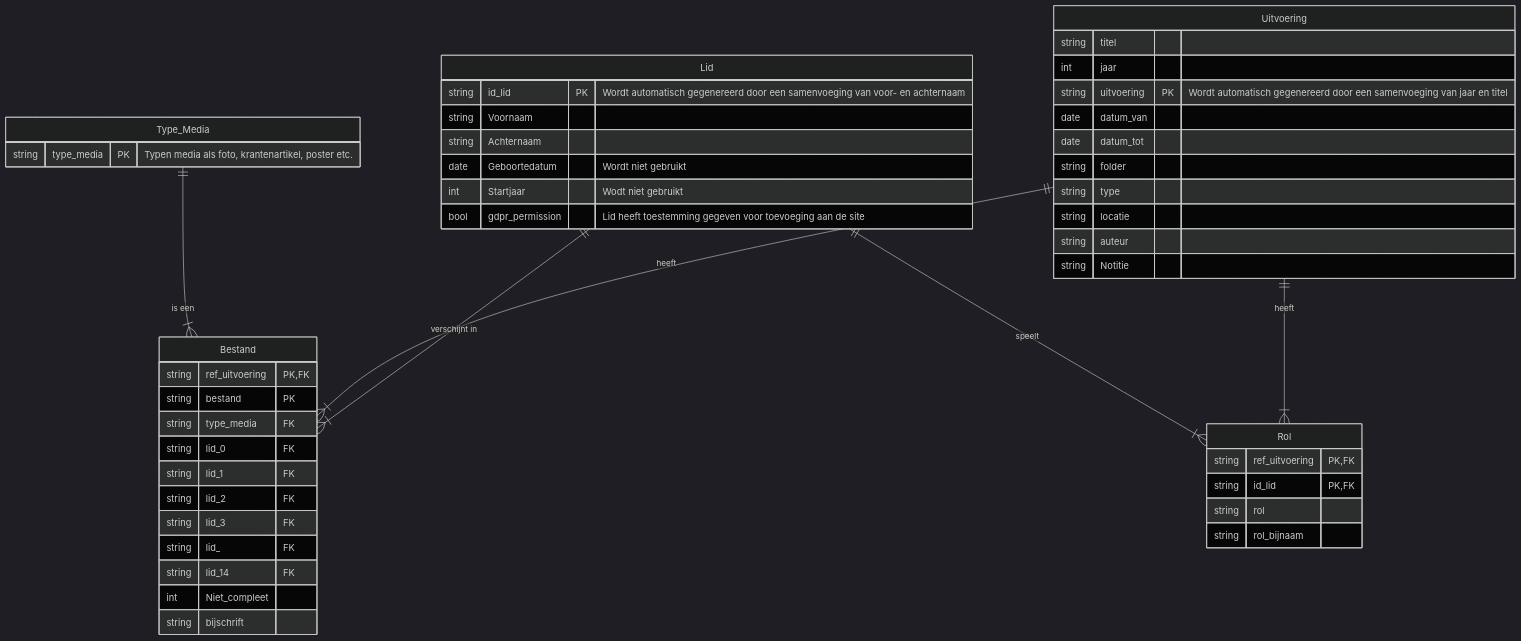
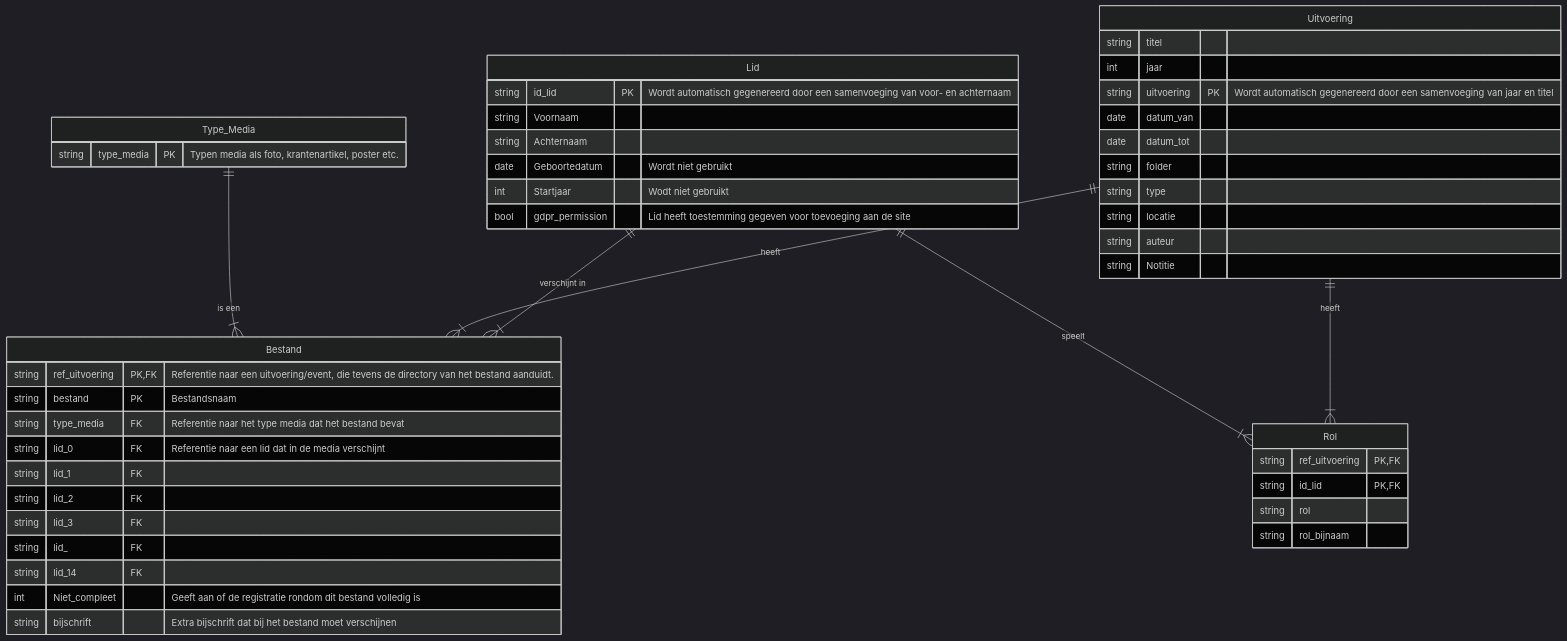
Before and after one commit to mark-me/kna-history: the first of 2 diagrams in README.md, drawn with Mermaid (dark theme).

Commit message:
Extra info

````diff
--- a/README.md
+++ b/README.md
@@ -38,50 +38,50 @@
 ```mermaid
 erDiagram
     Type_Media{
         string type_media PK "Typen media als foto, krantenartikel, poster etc."
     }
     Lid{
         string id_lid PK "Wordt automatisch gegenereerd door een samenvoeging van voor- en achternaam"
         string Voornaam
         string Achternaam
         date Geboortedatum "Wordt niet gebruikt"
         int Startjaar "Wodt niet gebruikt"
         bool gdpr_permission "Lid heeft toestemming gegeven voor toevoeging aan de site"
     }
     Uitvoering{
         string titel
         int jaar
         string uitvoering PK "Wordt automatisch gegenereerd door een samenvoeging van jaar en titel"
         date datum_van
         date datum_tot
         string folder
         string type
         string locatie
         string auteur
         string Notitie
     }
     Rol{
         string ref_uitvoering PK, FK
         string id_lid PK, FK
         string rol
         string rol_bijnaam
     }
     Bestand{
-        string ref_uitvoering PK, FK
-        string bestand PK
-        string type_media FK
-        string lid_0 FK
+        string ref_uitvoering PK, FK "Referentie naar een uitvoering/event, die tevens de directory van het bestand aanduidt."
+        string bestand PK "Bestandsnaam"
+        string type_media FK "Referentie naar het type media dat het bestand bevat"
+        string lid_0 FK "Referentie naar een lid dat in de media verschijnt"
         string lid_1 FK
         string lid_2 FK
         string lid_3 FK
         string lid_ FK
         string lid_14 FK
-        int Niet_compleet
-        string bijschrift
+        int Niet_compleet "Geeft aan of de registratie rondom dit bestand volledig is"
+        string bijschrift "Extra bijschrift dat bij het bestand moet verschijnen"
     }
     Lid ||--|{ Rol: speelt
     Uitvoering ||--|{ Rol: heeft
     Type_Media ||--|{ Bestand: "is een"
     Uitvoering ||--|{ Bestand: heeft
     Lid ||--|{ Bestand: "verschijnt in"
 ```
````
